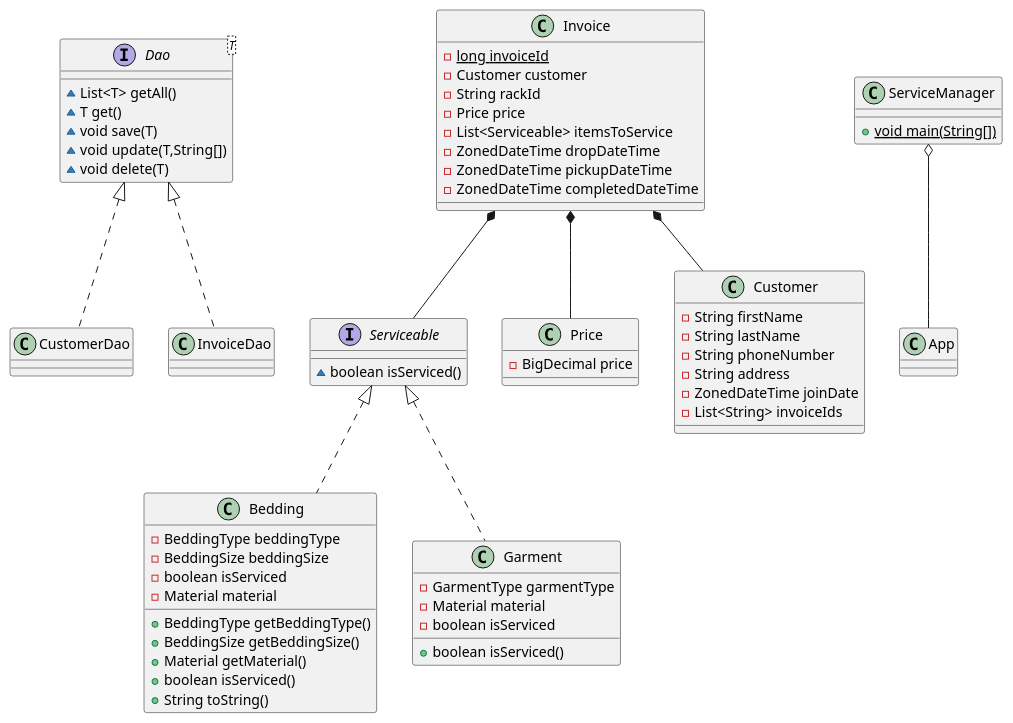
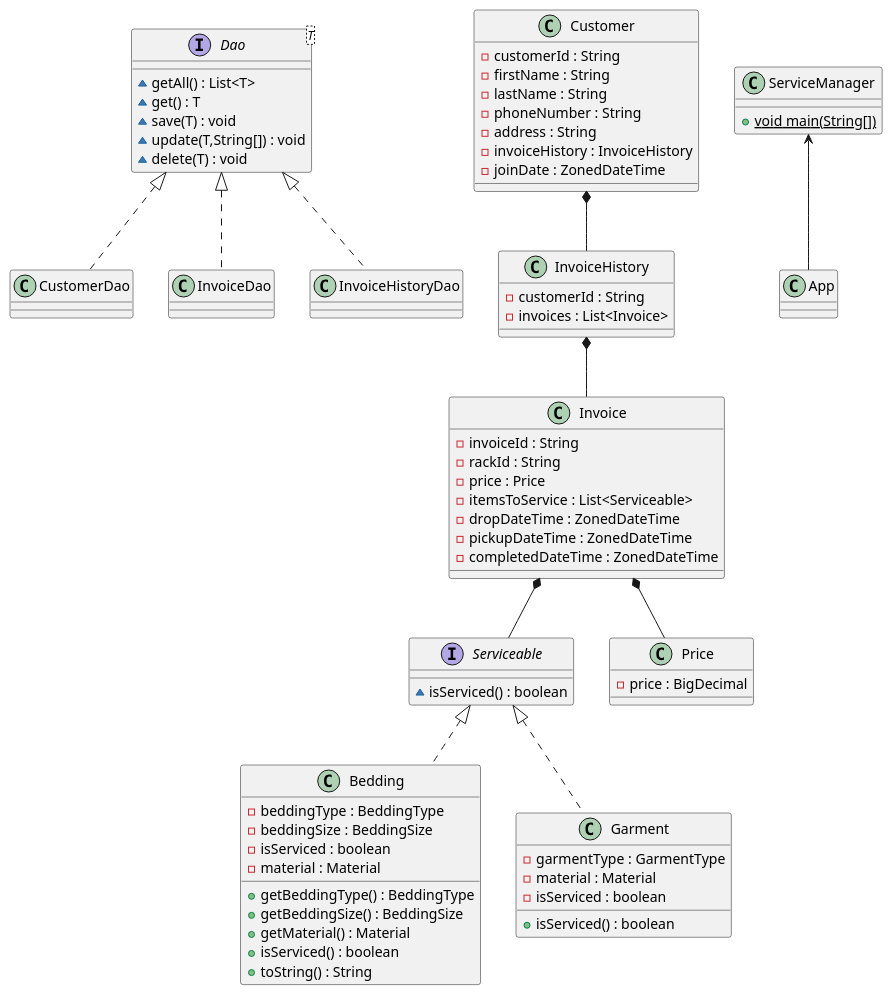
Before and after one commit to willkim76/portfolio: the diagram in ServiceManager/build/resources/main/ServiceManagerOverview.puml, drawn with PlantUML. The commit also changed 45 other files, not shown here.

Commit message:
ServiceManager Base Feature Revision A.0.6

```diff
--- a/ServiceManager/build/resources/main/ServiceManagerOverview.puml
+++ b/ServiceManager/build/resources/main/ServiceManagerOverview.puml
@@ -1,70 +1,76 @@
 @startuml
 class CustomerDao {
 }
 class Bedding {
-- BeddingType beddingType
-- BeddingSize beddingSize
-- boolean isServiced
-- Material material
-+ BeddingType getBeddingType()
-+ BeddingSize getBeddingSize()
-+ Material getMaterial()
-+ boolean isServiced()
-+ String toString()
+- beddingType : BeddingType
+- beddingSize : BeddingSize
+- isServiced : boolean
+- material : Material
++ getBeddingType() : BeddingType
++ getBeddingSize() : BeddingSize
++ getMaterial() : Material
++ isServiced() : boolean
++ toString() : String
 }
 class Invoice {
-- {static} long invoiceId
-- Customer customer
-- String rackId
-- Price price
-- List<Serviceable> itemsToService
-- ZonedDateTime dropDateTime
-- ZonedDateTime pickupDateTime
-- ZonedDateTime completedDateTime
+- invoiceId : String
+- rackId : String
+- price : Price
+- itemsToService : List<Serviceable>
+- dropDateTime : ZonedDateTime
+- pickupDateTime : ZonedDateTime
+- completedDateTime : ZonedDateTime
+}
+class InvoiceHistory {
+- customerId : String
+- invoices : List<Invoice>
 }
 interface Serviceable {
-~ boolean isServiced()
+~ isServiced() : boolean
 }
 interface Dao<T> {
-~ List<T> getAll()
-~ T get()
-~ void save(T)
-~ void update(T,String[])
-~ void delete(T)
+~ getAll() : List<T>
+~ get() : T
+~ save(T) : void
+~ update(T,String[]) : void
+~ delete(T) : void
 }
 class InvoiceDao {
 }
 class Garment {
-- GarmentType garmentType
-- Material material
-- boolean isServiced
-+ boolean isServiced()
+- garmentType : GarmentType
+- material : Material
+- isServiced : boolean
++ isServiced() : boolean
 }
 class App {
 }
 class ServiceManager {
 + {static} void main(String[])
 }
 class Price {
-- BigDecimal price
+- price : BigDecimal
 }
 class Customer {
-- String firstName
-- String lastName
-- String phoneNumber
-- String address
-- ZonedDateTime joinDate
-- List<String> invoiceIds
+- customerId : String
+- firstName : String
+- lastName : String
+- phoneNumber : String
+- address : String
+- invoiceHistory : InvoiceHistory
+- joinDate : ZonedDateTime
 }
 
 Serviceable <|.. Bedding
 Serviceable <|.. Garment
 Dao <|.. CustomerDao
 Dao <|.. InvoiceDao
+Dao <|.. InvoiceHistoryDao
 
 Invoice *-- Serviceable
-Invoice *-- Customer
 Invoice *-- Price
+Customer *-- InvoiceHistory
+InvoiceHistory *-- Invoice
 
-ServiceManager o-- App
+ServiceManager <-- App
 @enduml
```
